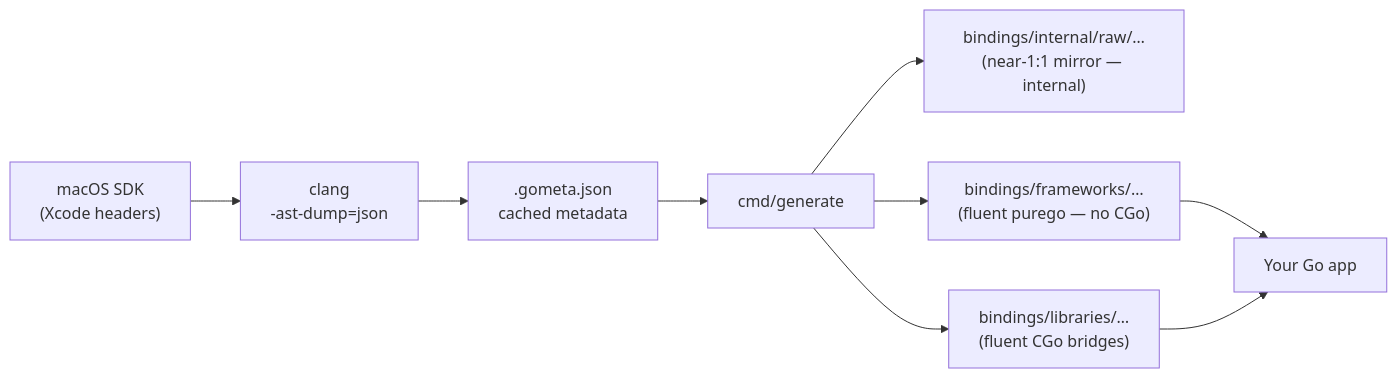
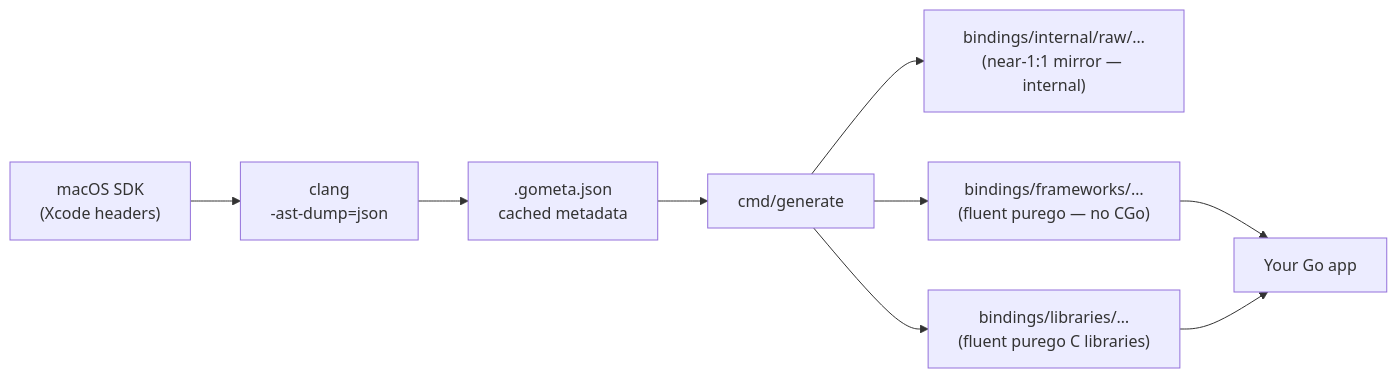
Before and after one commit to deploymenttheory/go-bindings-macosplatform: the first of 3 diagrams in README.md, drawn with Mermaid. The commit also changed other lines of this file and 3529 other files, not shown here.

````diff
--- a/README.md
+++ b/README.md
@@ -116,16 +117,16 @@
 ```mermaid
 flowchart LR
     SDK["macOS SDK\n(Xcode headers)"]
     Clang["clang\n-ast-dump=json"]
     Meta[".gometa.json\ncached metadata"]
     Gen["cmd/generate"]
     Raw["bindings/internal/raw/…\n(near-1:1 mirror — internal)"]
     Pure["bindings/frameworks/…\n(fluent purego — no CGo)"]
-    CGo["bindings/libraries/…\n(fluent CGo bridges)"]
+    Libs["bindings/libraries/…\n(fluent purego C libraries)"]
     App["Your Go app"]
 
     SDK --> Clang --> Meta --> Gen
     Gen --> Raw
     Gen --> Pure --> App
-    Gen --> CGo --> App
+    Gen --> Libs --> App
 ```
````
